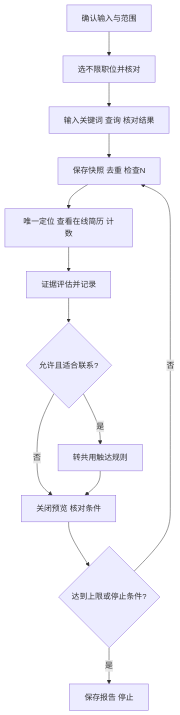
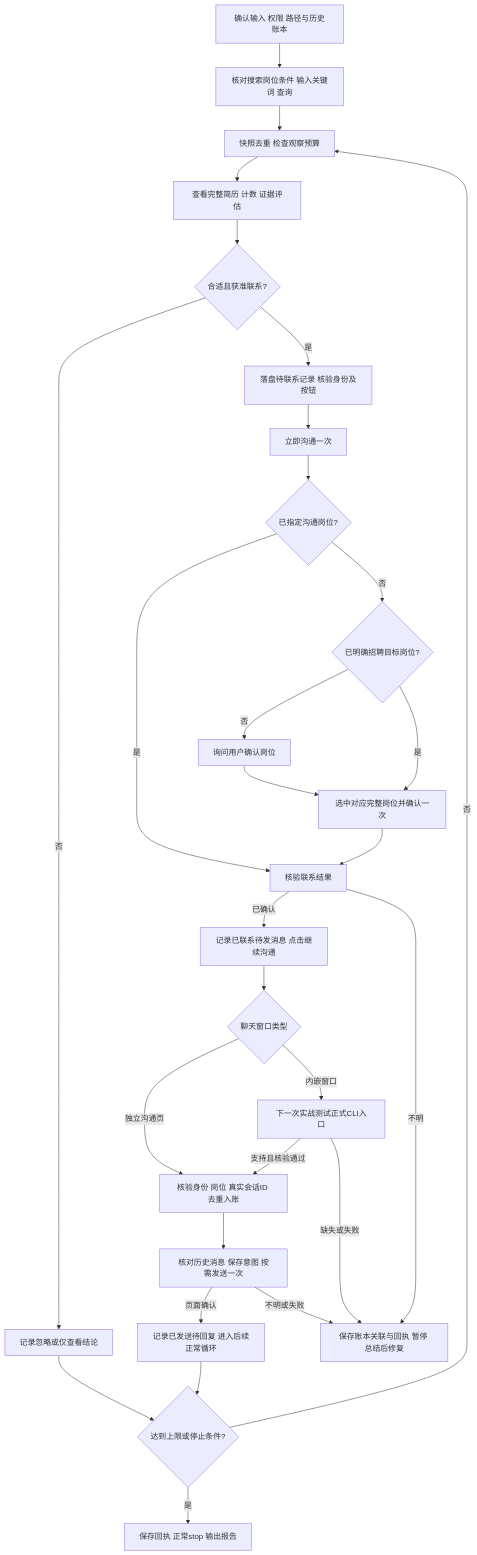
Before and after one commit to YLorb/boss-cli: the diagram in skills/boss-recruitment/references/search-sop.md, drawn with Mermaid. The commit also changed other lines of this file and 5 other files, not shown here.

````diff
--- a/skills/boss-recruitment/references/search-sop.md
+++ b/skills/boss-recruitment/references/search-sop.md
@@ -24,15 +64,31 @@
 ```mermaid
 flowchart TD
- A[确认输入与范围] --> B[选不限职位并核对]
- B --> C[输入关键词 查询 核对结果]
- C --> D[保存快照 去重 检查N]
- D --> E[唯一定位 查看在线简历 计数]
- E --> F[证据评估并记录]
- F --> G{允许且适合联系?}
- G -- 否 --> H[关闭预览 核对条件]
- G -- 是 --> I[转共用触达规则]
- I --> H
- H --> J{达到上限或停止条件?}
- J -- 是 --> K[保存报告 停止]
- J -- 否 --> D
+ A[确认输入 权限 路径与历史账本] --> B[核对搜索岗位条件 输入关键词 查询]
+ B --> C[快照去重 检查观察预算]
+ C --> D[查看完整简历 计数 证据评估]
+ D --> E{合适且获准联系?}
+ E -- 否 --> F[记录忽略或仅查看结论]
+ E -- 是 --> G[落盘待联系记录 核验身份及按钮]
+ G --> H[立即沟通一次]
+ H --> I{已指定沟通岗位?}
+ I -- 是 --> L[核验联系结果]
+ I -- 否 --> J{已明确招聘目标岗位?}
+ J -- 否 --> K[询问用户确认岗位]
+ J -- 是 --> O[选中对应完整岗位并确认一次]
+ K --> O
+ O --> L
+ L -- 已确认 --> M[记录已联系待发消息 点击继续沟通]
+ L -- 不明 --> X[保存账本关联与回执 暂停 总结后修复]
+ M --> N{聊天窗口类型}
+ N -- 独立沟通页 --> P[核验身份 岗位 真实会话ID 去重入账]
+ N -- 内嵌窗口 --> Q[下一次实战测试正式CLI入口]
+ Q -- 支持且核验通过 --> P
+ Q -- 缺失或失败 --> X
+ P --> R[核对历史消息 保存意图 按需发送一次]
+ R -- 页面确认 --> S[记录已发送待回复 进入后续正常循环]
+ R -- 不明或失败 --> X
+ F --> T{达到上限或停止条件?}
+ S --> T
+ T -- 否 --> C
+ T -- 是 --> U[保存回执 正常stop 输出报告]
 ```
````
